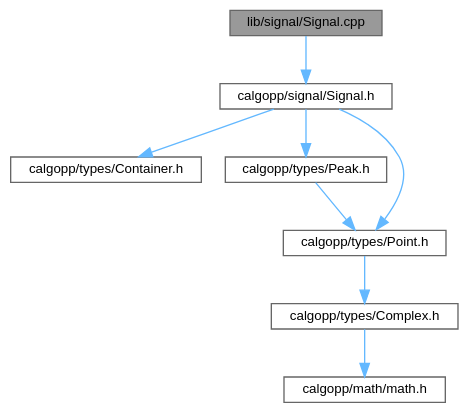
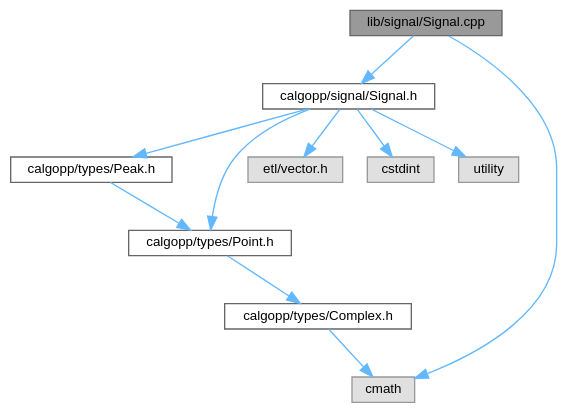
The diagram in Signal_8cpp__incl.dot (pawelekg95/algopp), drawn with Graphviz before and after one commit. The commit also changed 257 other files, not shown here.

```diff
--- a/Signal_8cpp__incl.dot
+++ b/Signal_8cpp__incl.dot
@@ -1,21 +1,26 @@
 digraph "lib/signal/Signal.cpp"
 {
  // LATEX_PDF_SIZE
   bgcolor="transparent";
   edge [fontname=Helvetica,fontsize=10,labelfontname=Helvetica,labelfontsize=10];
   node [fontname=Helvetica,fontsize=10,shape=box,height=0.2,width=0.4];
   Node1 [label="lib/signal/Signal.cpp",height=0.2,width=0.4,color="gray40", fillcolor="grey60", style="filled", fontcolor="black",tooltip=" "];
   Node1 -> Node2 [color="steelblue1",style="solid"];
   Node2 [label="calgopp/signal/Signal.h",height=0.2,width=0.4,color="grey40", fillcolor="white", style="filled",URL="$Signal_8h.html",tooltip=" "];
   Node2 -> Node3 [color="steelblue1",style="solid"];
-  Node3 [label="calgopp/types/Container.h",height=0.2,width=0.4,color="grey40", fillcolor="white", style="filled",URL="$Container_8h.html",tooltip=" "];
+  Node3 [label="calgopp/types/Peak.h",height=0.2,width=0.4,color="grey40", fillcolor="white", style="filled",URL="$Peak_8h.html",tooltip=" "];
+  Node3 -> Node4 [color="steelblue1",style="solid"];
+  Node4 [label="calgopp/types/Point.h",height=0.2,width=0.4,color="grey40", fillcolor="white", style="filled",URL="$Point_8h.html",tooltip=" "];
+  Node4 -> Node5 [color="steelblue1",style="solid"];
+  Node5 [label="calgopp/types/Complex.h",height=0.2,width=0.4,color="grey40", fillcolor="white", style="filled",URL="$Complex_8h.html",tooltip=" "];
+  Node5 -> Node6 [color="steelblue1",style="solid"];
+  Node6 [label="cmath",height=0.2,width=0.4,color="grey60", fillcolor="#E0E0E0", style="filled",tooltip=" "];
   Node2 -> Node4 [color="steelblue1",style="solid"];
-  Node4 [label="calgopp/types/Peak.h",height=0.2,width=0.4,color="grey40", fillcolor="white", style="filled",URL="$Peak_8h.html",tooltip=" "];
-  Node4 -> Node5 [color="steelblue1",style="solid"];
-  Node5 [label="calgopp/types/Point.h",height=0.2,width=0.4,color="grey40", fillcolor="white", style="filled",URL="$Point_8h.html",tooltip=" "];
-  Node5 -> Node6 [color="steelblue1",style="solid"];
-  Node6 [label="calgopp/types/Complex.h",height=0.2,width=0.4,color="grey40", fillcolor="white", style="filled",URL="$Complex_8h.html",tooltip=" "];
-  Node6 -> Node7 [color="steelblue1",style="solid"];
-  Node7 [label="calgopp/math/math.h",height=0.2,width=0.4,color="grey40", fillcolor="white", style="filled",URL="$math_8h.html",tooltip=" "];
-  Node2 -> Node5 [color="steelblue1",style="solid"];
+  Node2 -> Node7 [color="steelblue1",style="solid"];
+  Node7 [label="etl/vector.h",height=0.2,width=0.4,color="grey60", fillcolor="#E0E0E0", style="filled",tooltip=" "];
+  Node2 -> Node8 [color="steelblue1",style="solid"];
+  Node8 [label="cstdint",height=0.2,width=0.4,color="grey60", fillcolor="#E0E0E0", style="filled",tooltip=" "];
+  Node2 -> Node9 [color="steelblue1",style="solid"];
+  Node9 [label="utility",height=0.2,width=0.4,color="grey60", fillcolor="#E0E0E0", style="filled",tooltip=" "];
+  Node1 -> Node6 [color="steelblue1",style="solid"];
 }
```
